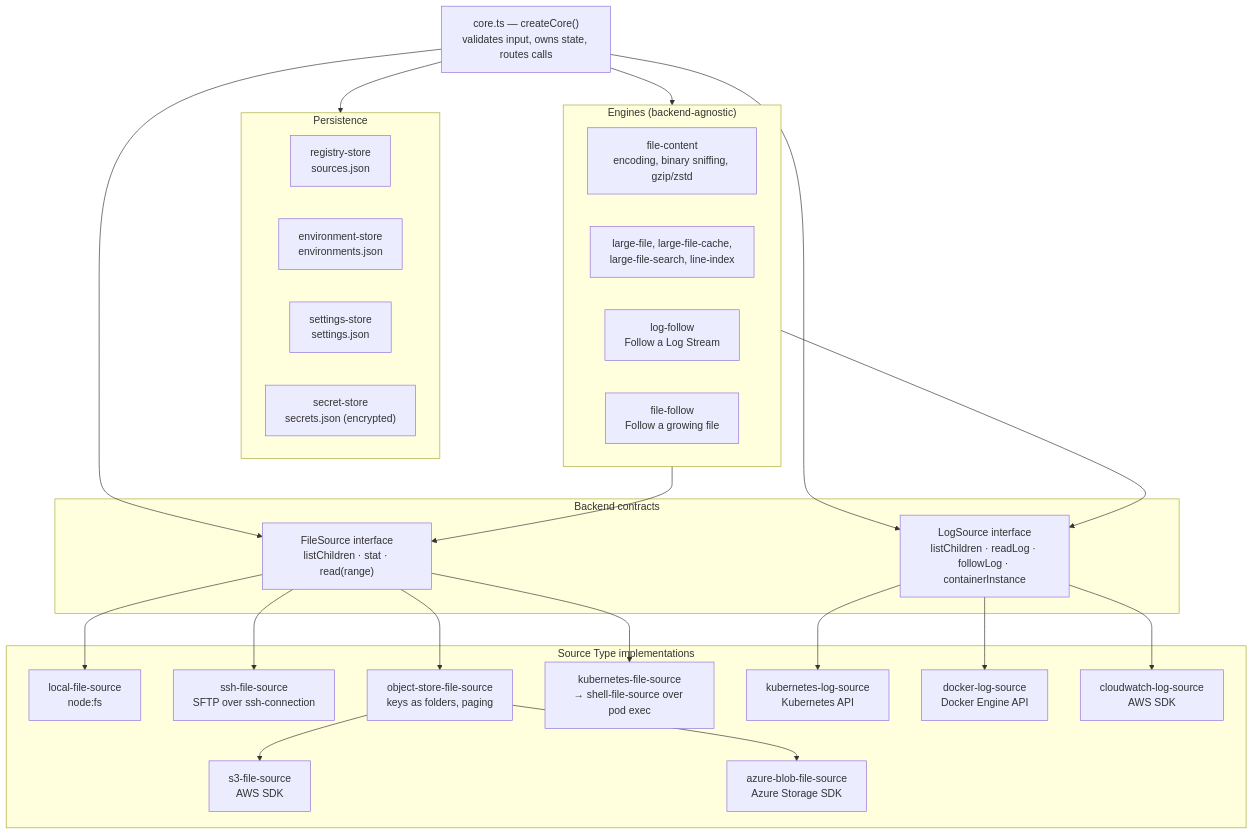
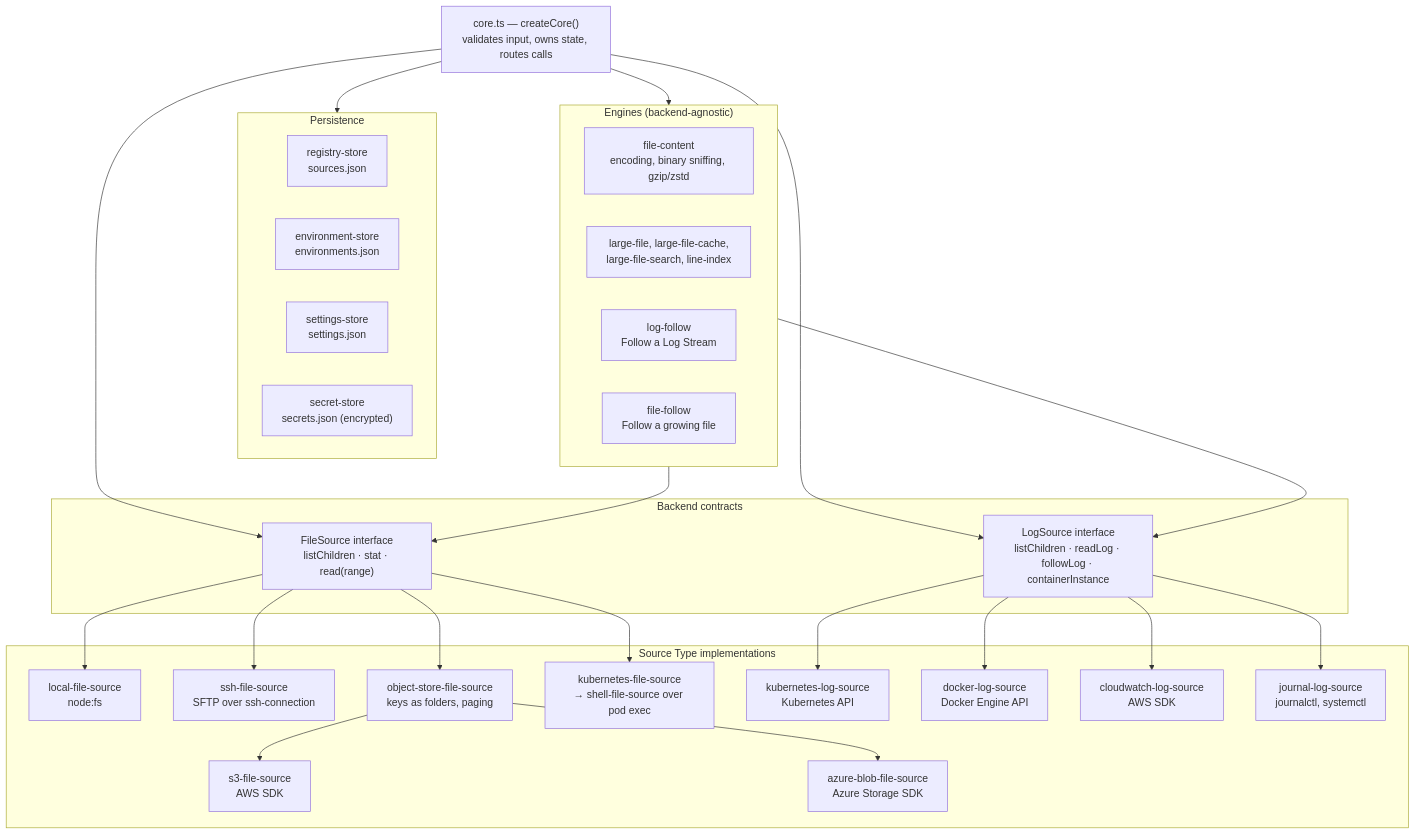
Before and after one commit to ducttapeworksorg/polyscope: the second of 7 diagrams in docs/architecture.md, drawn with Mermaid. The commit also changed other lines of this file and 20 other files, not shown here.

````diff
--- a/docs/architecture.md
+++ b/docs/architecture.md
@@ -166,47 +166,49 @@
 ```mermaid
 flowchart TB
   Facade["core.ts — createCore()<br/>validates input, owns state, routes calls"]
 
   subgraph Stores["Persistence"]
     Registry["registry-store<br/>sources.json"]
     Envs["environment-store<br/>environments.json"]
     SettingsS["settings-store<br/>settings.json"]
     Secrets["secret-store<br/>secrets.json (encrypted)"]
   end
 
   subgraph Engines["Engines (backend-agnostic)"]
     Content["file-content<br/>encoding, binary sniffing, gzip/zstd"]
     Large["large-file, large-file-cache,<br/>large-file-search, line-index"]
     LogFollow["log-follow<br/>Follow a Log Stream"]
     FileFollow["file-follow<br/>Follow a growing file"]
   end
 
   subgraph Abstractions["Backend contracts"]
     FS["FileSource interface<br/>listChildren · stat · read(range)"]
     LS["LogSource interface<br/>listChildren · readLog · followLog · containerInstance"]
   end
 
   subgraph Impl["Source Type implementations"]
     Local["local-file-source<br/>node:fs"]
     SSH["ssh-file-source<br/>SFTP over ssh-connection"]
     S3["s3-file-source<br/>AWS SDK"]
     Azure["azure-blob-file-source<br/>Azure Storage SDK"]
     OS["object-store-file-source<br/>keys as folders, paging"]
     KF["kubernetes-file-source<br/>→ shell-file-source over pod exec"]
     KL["kubernetes-log-source<br/>Kubernetes API"]
     DL["docker-log-source<br/>Docker Engine API"]
     CW["cloudwatch-log-source<br/>AWS SDK"]
+    JL["journal-log-source<br/>journalctl, systemctl"]
   end
 
   Facade --> Stores
   Facade --> Engines
   Engines --> FS
   Engines --> LS
   Facade --> FS
   Facade --> LS
   FS --> Local & SSH & OS & KF
   OS --> S3 & Azure
   LS --> KL
   LS --> DL
   LS --> CW
+  LS --> JL
 ```
````
